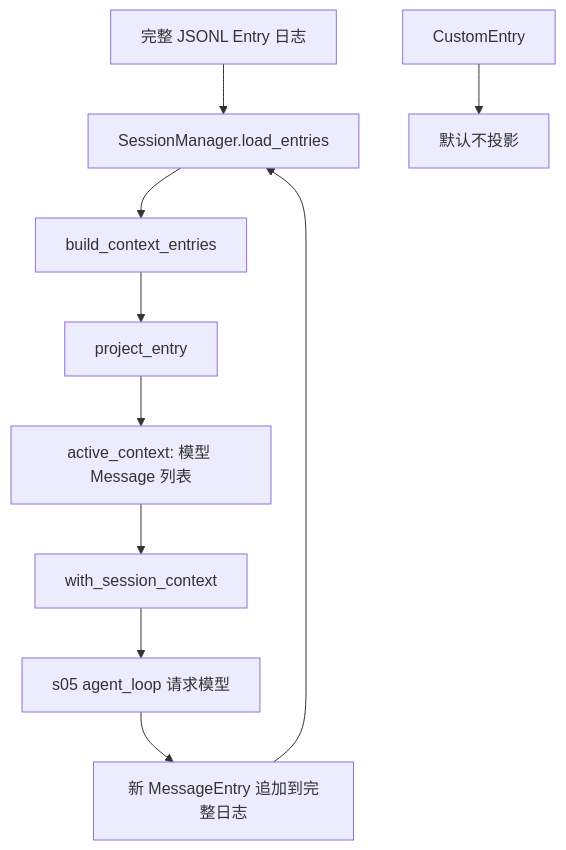
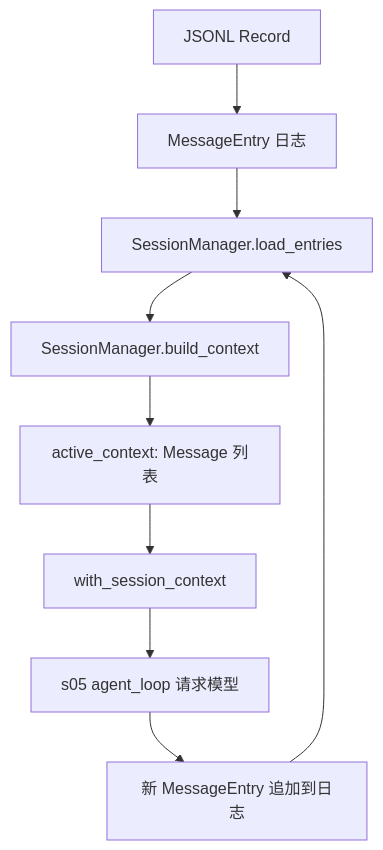
Before and after one commit to liuying151203-create/zero2pi: the diagram in s06_session_context/README.md, drawn with Mermaid. The commit also changed other lines of this file and 2 other files, not shown here.

Commit message:
refactor(session): narrow context projection scope / 收紧上下文投影范围

````diff
--- a/s06_session_context/README.md
+++ b/s06_session_context/README.md
@@ -47,12 +36,11 @@
 ```mermaid
 flowchart TD
-    A[完整 JSONL Entry 日志] --> B[SessionManager.load_entries]
-    B --> C[build_context_entries]
-    C --> D[project_entry]
-    D --> E[active_context: 模型 Message 列表]
+    A[JSONL Record] --> B[MessageEntry 日志]
+    B --> C[SessionManager.load_entries]
+    C --> D[SessionManager.build_context]
+    D --> E[active_context: Message 列表]
     E --> F[with_session_context]
     F --> G[s05 agent_loop 请求模型]
-    G --> H[新 MessageEntry 追加到完整日志]
-    H --> B
-    I[CustomEntry] --> J[默认不投影]
+    G --> H[新 MessageEntry 追加到日志]
+    H --> C
 ```
````
